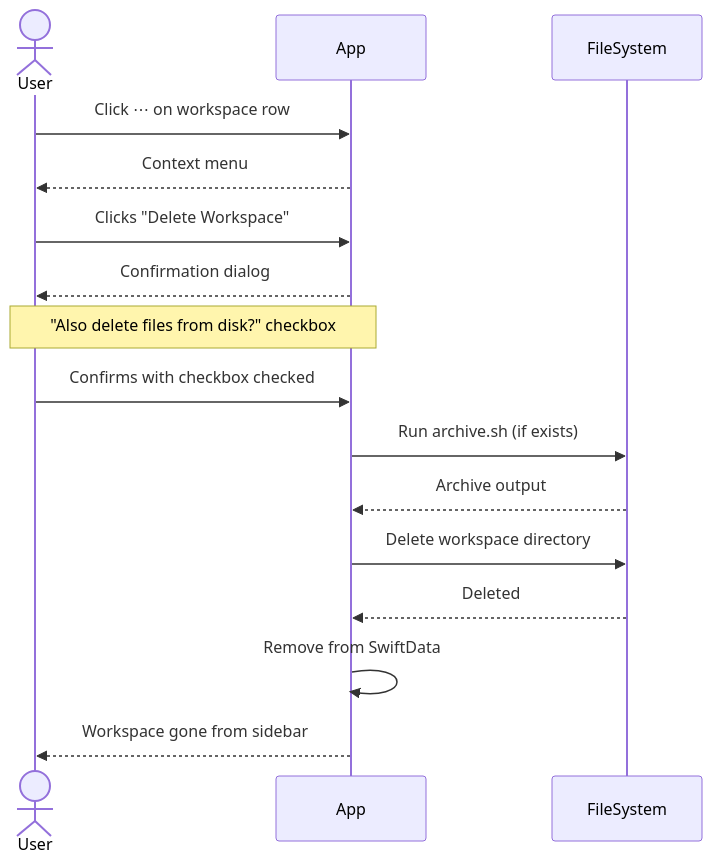
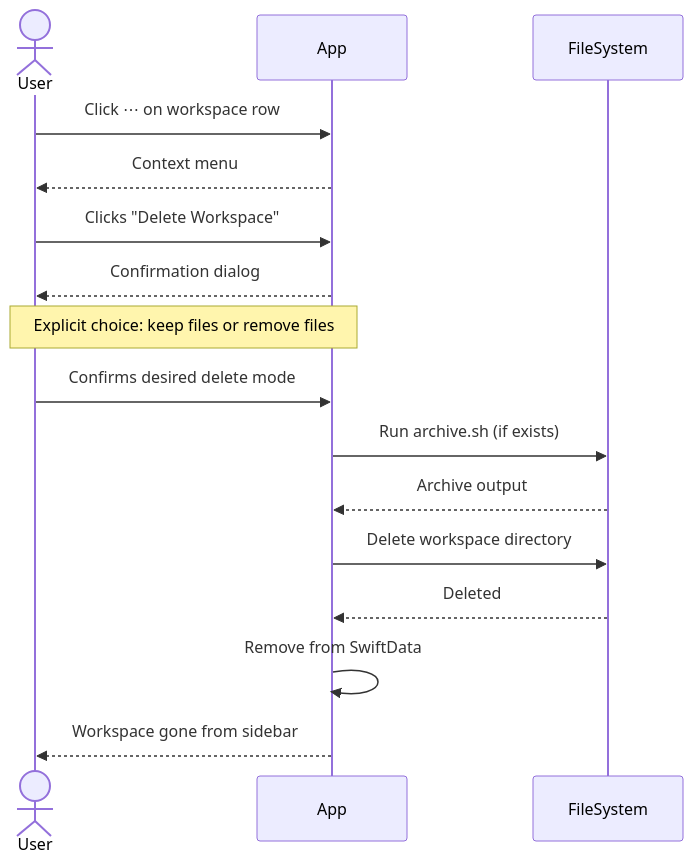
One commit to fairchild/workspaces changed the fourth of 5 diagrams in docs/user-stories.md. Above: the diagram before and after it, drawn with Mermaid. The commit also changed other lines of this file and 3 other files, not shown here.

Commit message:
docs: align roadmap and add refinement-performance followup

````diff
--- a/docs/user-stories.md
+++ b/docs/user-stories.md
@@ -201,19 +206,19 @@
 ```mermaid
 sequenceDiagram
     actor User
     participant App
     participant FS as FileSystem
 
     User->>App: Click ⋯ on workspace row
     App-->>User: Context menu
     User->>App: Clicks "Delete Workspace"
     App-->>User: Confirmation dialog
-    Note over User,App: "Also delete files from disk?" checkbox
-    User->>App: Confirms with checkbox checked
+    Note over User,App: Explicit choice: keep files or remove files
+    User->>App: Confirms desired delete mode
     App->>FS: Run archive.sh (if exists)
     FS-->>App: Archive output
     App->>FS: Delete workspace directory
     FS-->>App: Deleted
     App->>App: Remove from SwiftData
     App-->>User: Workspace gone from sidebar
 ```
````
